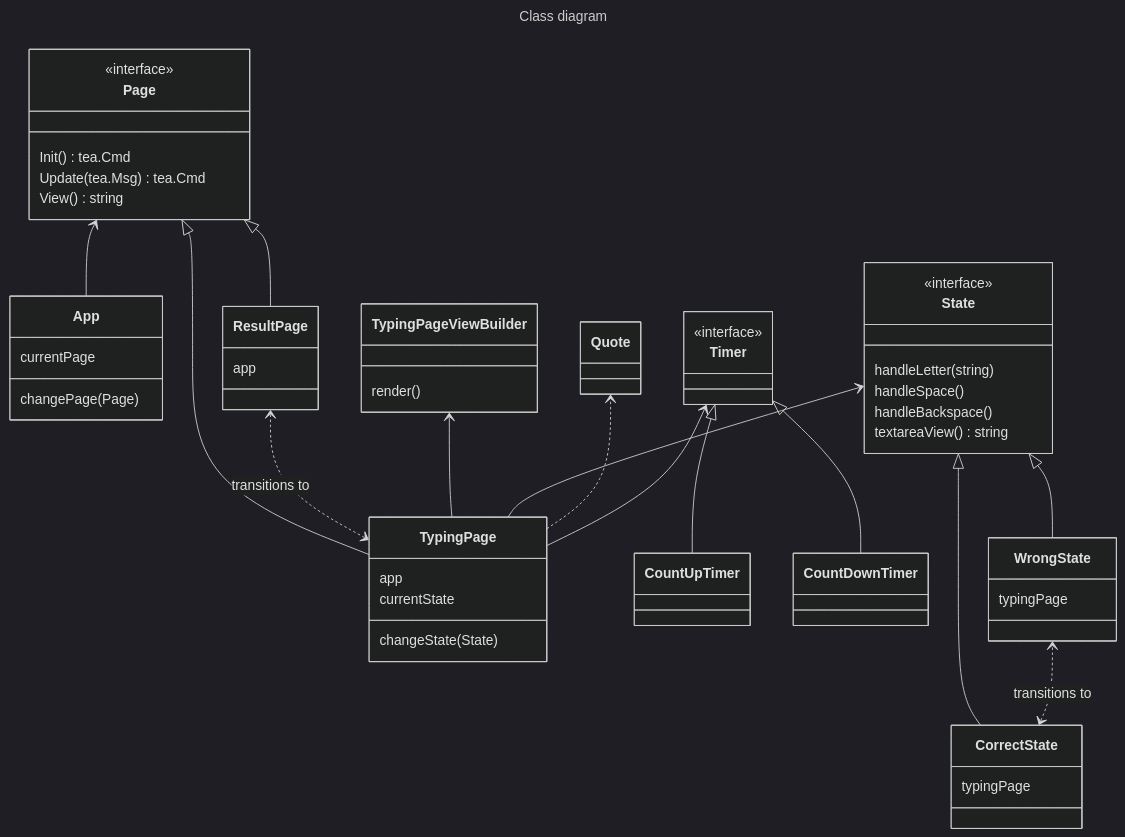
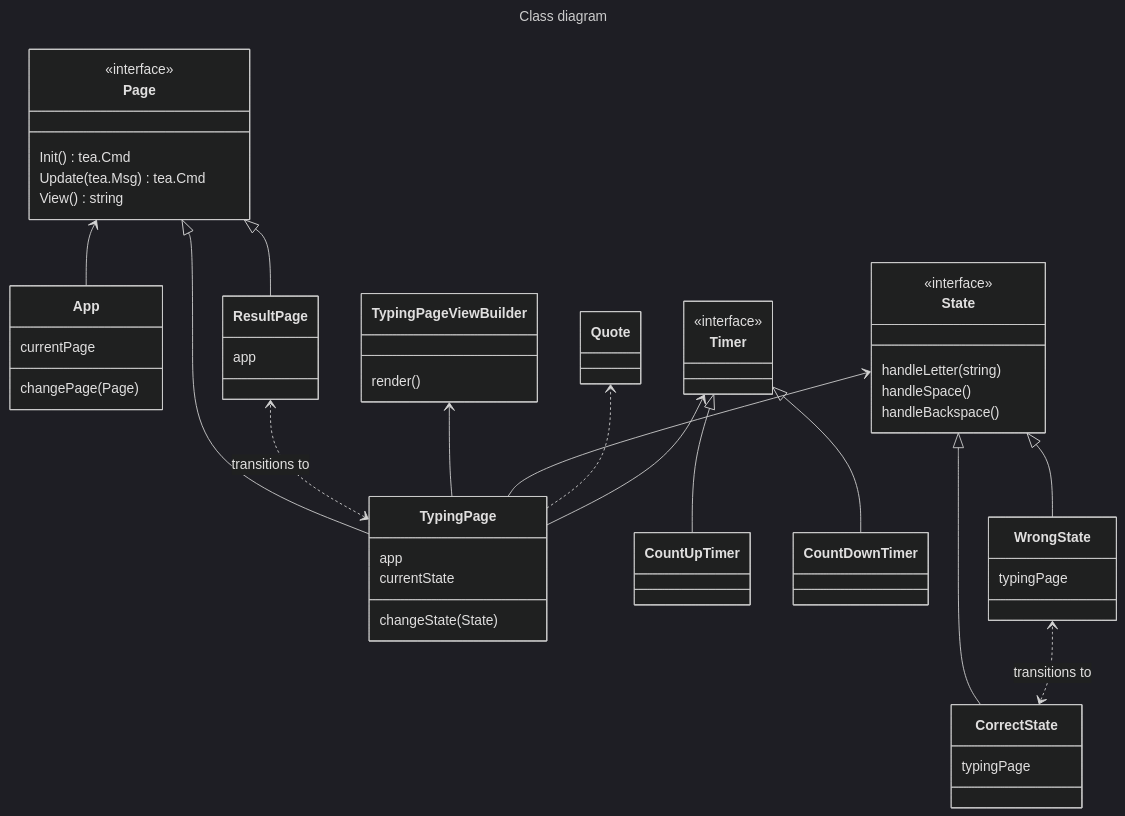
The diagram in diagram.md (hofman-tan/type-chan), drawn with Mermaid (dark theme) before and after one commit. The commit also changed 5 other files, not shown here.

````diff
--- a/diagram.md
+++ b/diagram.md
@@ -1,72 +1,71 @@
 ```mermaid
 ---
 title: Class diagram
 ---
 classDiagram
     direction BT
     class App {
       currentPage
       changePage(Page)
     }
 
     class Page {
       <<interface>>
 
       Init() tea.Cmd
       Update(tea.Msg) tea.Cmd
       View() string
     }
     class TypingPage {
       app
       currentState
       changeState(State)
     }
     class TypingPageViewBuilder {
       render()
     }
     class ResultPage{
       app
     }
     
     class Quote {
     }
 
     class Timer {
       <<interface>>
     }
     class CountUpTimer {
     }
     class CountDownTimer {
     }
 
     class State {
       <<interface>> 
 
       handleLetter(string)
       handleSpace()
       handleBackspace()
-      textareaView() string
     }
     class CorrectState {
       typingPage
     }
     class WrongState {
       typingPage
     }
 
     App --> Page
     TypingPage --|> Page
     ResultPage --|> Page
     TypingPage <..> ResultPage : transitions to
     TypingPage --> TypingPageViewBuilder
 
     TypingPage --> State
     CorrectState --|> State
     WrongState --|> State
     CorrectState <..> WrongState : transitions to
 
     TypingPage ..> Quote
     TypingPage --> Timer
     CountUpTimer --|> Timer
     CountDownTimer --|> Timer
 ```
````
